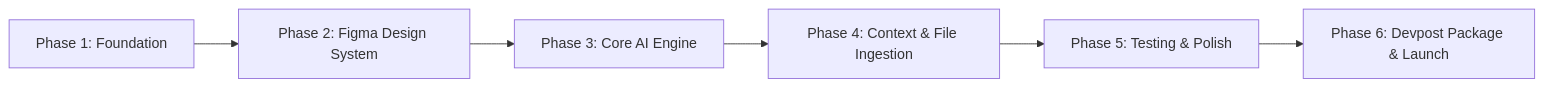
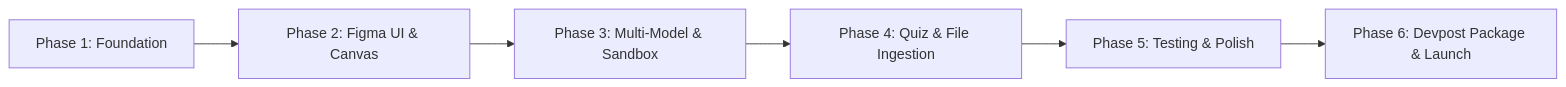
Before and after one commit to msekhardhar-cell/First-AI-App: the diagram in ROADMAP.md, drawn with Mermaid. The commit also changed other lines of this file and 1 other file, not shown here.

Commit message:
docs: incorporate accepted enhancements (Artifact Canvas, Quiz Engine, Judge Sandbox, Diagrams)

````diff
--- a/ROADMAP.md
+++ b/ROADMAP.md
@@ -8,8 +8,8 @@
 ```mermaid
 flowchart LR
-    P1[Phase 1: Foundation] --> P2[Phase 2: Figma Design System]
-    P2 --> P3[Phase 3: Core AI Engine]
-    P3 --> P4[Phase 4: Context & File Ingestion]
+    P1[Phase 1: Foundation] --> P2[Phase 2: Figma UI & Canvas]
+    P2 --> P3[Phase 3: Multi-Model & Sandbox]
+    P3 --> P4[Phase 4: Quiz & File Ingestion]
     P4 --> P5[Phase 5: Testing & Polish]
     P5 --> P6[Phase 6: Devpost Package & Launch]
 ```
````
